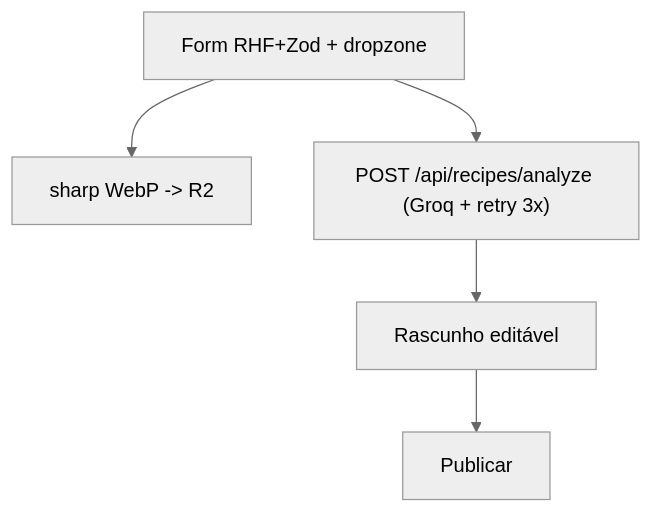
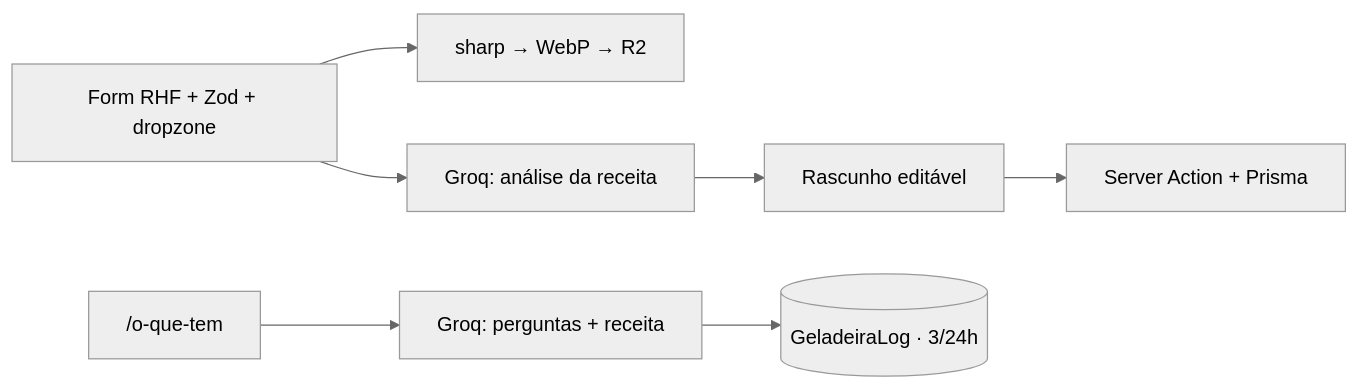
One commit to MacielDouglas/MacielDouglas changed the first of 2 diagrams in README.md. Above: the diagram before and after it, drawn with Mermaid (neutral theme). The commit also changed other lines of this file, not shown here.

````diff
--- a/README.md
+++ b/README.md
@@ -74,7 +52,9 @@
 ```mermaid
-flowchart TD
-  Form["Form RHF+Zod + dropzone"] --> UP["sharp WebP -> R2"]
-  Form --> AN["POST /api/recipes/analyze (Groq + retry 3x)"]
-  AN --> Draft["Rascunho editável"]
-  Draft --> PUB["Publicar"]
+flowchart LR
+  Form["Form RHF + Zod + dropzone"] --> Img["sharp → WebP → R2"]
+  Form --> AI["Groq: análise da receita"]
+  AI --> Draft["Rascunho editável"]
+  Draft --> Pub["Server Action + Prisma"]
+  Gel["/o-que-tem"] --> Gen["Groq: perguntas + receita"]
+  Gen --> Quota[("GeladeiraLog · 3/24h")]
 ```
````
